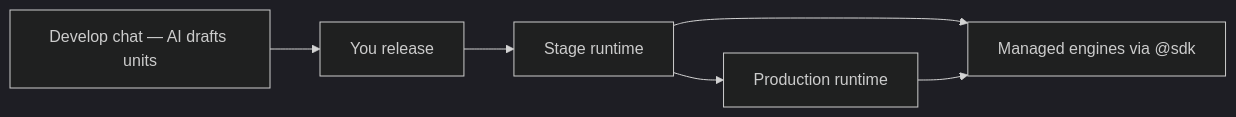
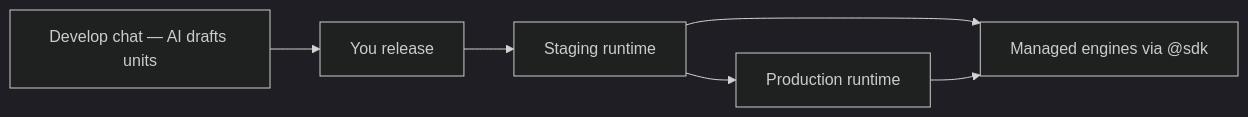
One commit to BaaSForge/baasforge-frontend-vite changed the diagram in docs-site/app/platform/runtimes/page.mdx. Above: the diagram before and after it, drawn with Mermaid (dark theme). The commit also changed other lines of this file and 17 other files, not shown here.

````diff
--- a/docs-site/app/platform/runtimes/page.mdx
+++ b/docs-site/app/platform/runtimes/page.mdx
@@ -18,8 +18,8 @@
 ```mermaid
 flowchart LR
   Chat[Develop chat — AI drafts units] --> Release[You release]
-  Release --> Stage[Stage runtime]
+  Release --> Stage[Staging runtime]
   Stage --> Prod[Production runtime]
   Stage --> Infra["Managed engines via @sdk"]
   Prod --> Infra
 ```
````
